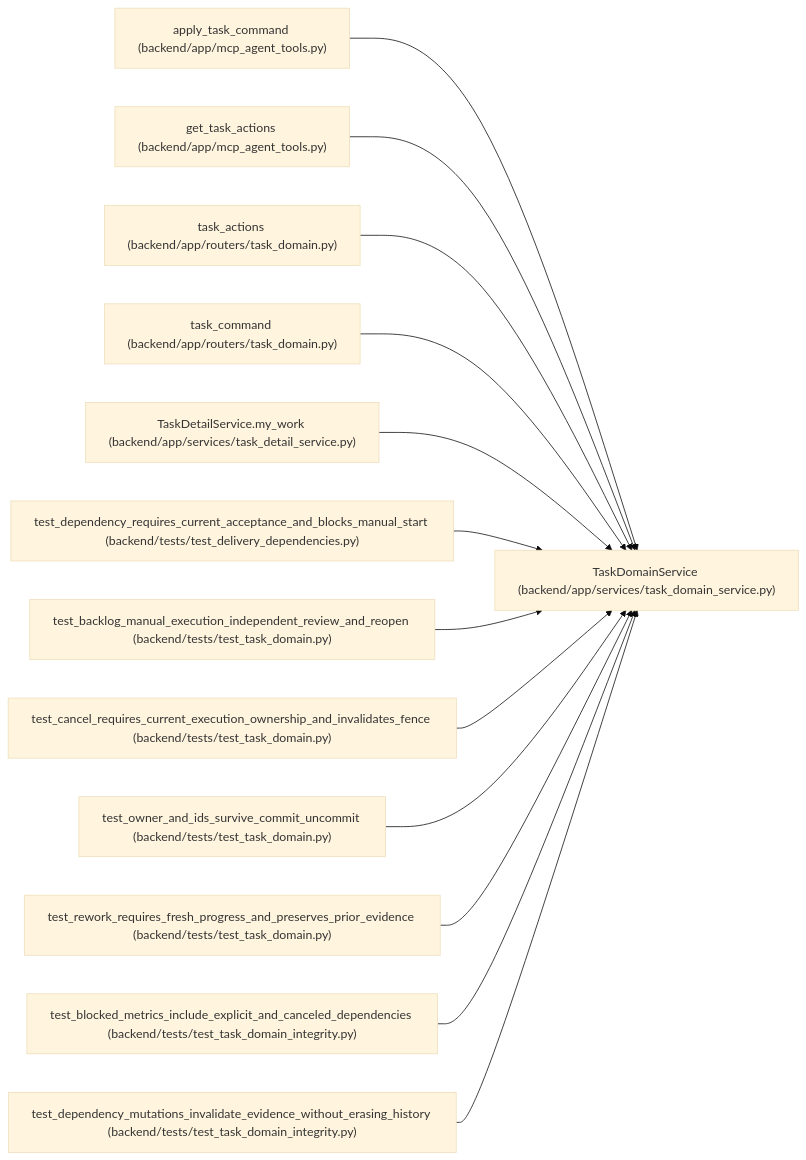
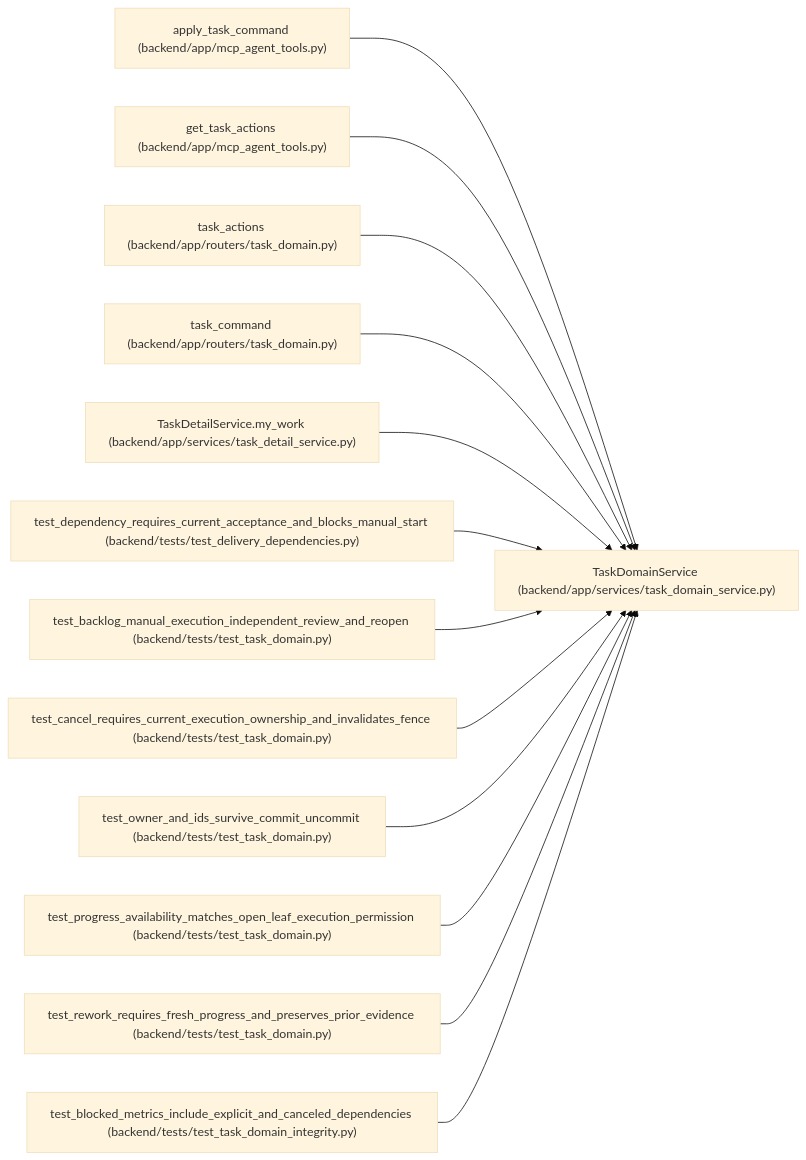
The diagram in docs/llm_wiki/entities/TaskDomainService.md (Denissvgn/WorkChord), drawn with Mermaid (base theme) before and after one commit. The commit also changed other lines of this file and 458 other files, not shown here.

````diff
--- a/docs/llm_wiki/entities/TaskDomainService.md
+++ b/docs/llm_wiki/entities/TaskDomainService.md
@@ -31,41 +31,41 @@
 ```mermaid
 flowchart LR
     n0["TaskDomainService (backend/app/services/task_domain_service.py)"]
     n1["apply_task_command (backend/app/mcp_agent_tools.py)"]
     n2["get_task_actions (backend/app/mcp_agent_tools.py)"]
     n3["task_actions (backend/app/routers/task_domain.py)"]
     n4["task_command (backend/app/routers/task_domain.py)"]
     n5["TaskDetailService.my_work (backend/app/services/task_detail_service.py)"]
     n6["test_dependency_requires_current_acceptance_and_blocks_manual_start (backend/tests/test_delivery_dependencies.py)"]
     n7["test_backlog_manual_execution_independent_review_and_reopen (backend/tests/test_task_domain.py)"]
     n8["test_cancel_requires_current_execution_ownership_and_invalidates_fence (backend/tests/test_task_domain.py)"]
     n9["test_owner_and_ids_survive_commit_uncommit (backend/tests/test_task_domain.py)"]
-    n10["test_rework_requires_fresh_progress_and_preserves_prior_evidence (backend/tests/test_task_domain.py)"]
-    n11["test_blocked_metrics_include_explicit_and_canceled_dependencies (backend/tests/test_task_domain_integrity.py)"]
-    n12["test_dependency_mutations_invalidate_evidence_without_erasing_history (backend/tests/test_task_domain_integrity.py)"]
+    n10["test_progress_availability_matches_open_leaf_execution_permission (backend/tests/test_task_domain.py)"]
+    n11["test_rework_requires_fresh_progress_and_preserves_prior_evidence (backend/tests/test_task_domain.py)"]
+    n12["test_blocked_metrics_include_explicit_and_canceled_dependencies (backend/tests/test_task_domain_integrity.py)"]
     n1 --> n0
     n2 --> n0
     n3 --> n0
     n4 --> n0
     n5 --> n0
     n6 --> n0
     n7 --> n0
     n8 --> n0
     n9 --> n0
     n10 --> n0
     n11 --> n0
     n12 --> n0
     click n0 "../modules/task_domain_service.md"
     click n1 "../modules/mcp_agent_tools.md"
     click n2 "../modules/mcp_agent_tools.md"
     click n3 "../modules/routers_task_domain.md"
     click n4 "../modules/routers_task_domain.md"
     click n5 "../modules/task_detail_service.md"
     click n6 "../modules/test_delivery_dependencies.md"
     click n7 "../modules/test_task_domain.md"
     click n8 "../modules/test_task_domain.md"
     click n9 "../modules/test_task_domain.md"
     click n10 "../modules/test_task_domain.md"
-    click n11 "../modules/test_task_domain_integrity.md"
+    click n11 "../modules/test_task_domain.md"
     click n12 "../modules/test_task_domain_integrity.md"
 ```
````
